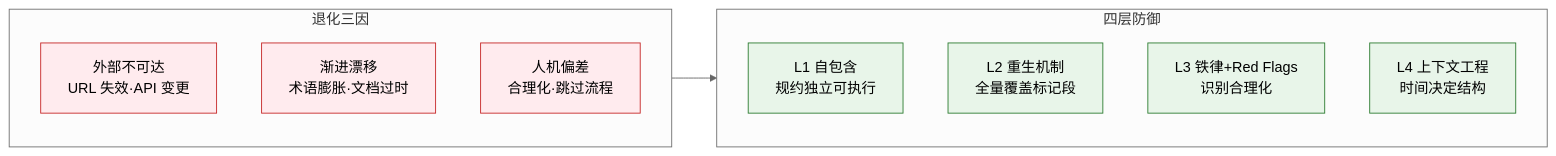
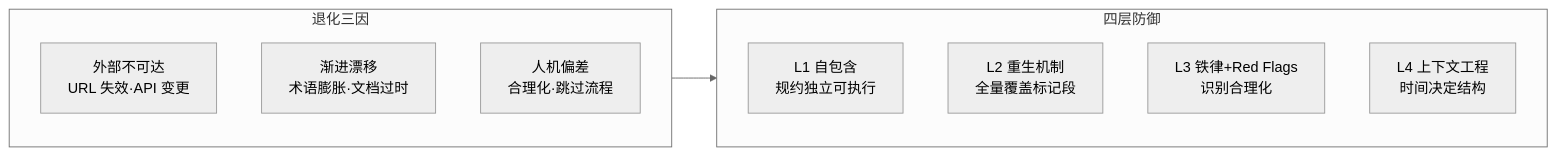
Before and after one commit to effiy/YrY: the second of 2 diagrams in CLAUDE.md, drawn with Mermaid (neutral theme). The commit also changed 1 other file, not shown here.

````diff
--- a/CLAUDE.md
+++ b/CLAUDE.md
@@ -70,18 +70,15 @@
 ```mermaid
 flowchart LR
     subgraph 退化["退化三因"]
         D1["外部不可达<br/>URL 失效·API 变更"]:::risk
         D2["渐进漂移<br/>术语膨胀·文档过时"]:::risk
         D3["人机偏差<br/>合理化·跳过流程"]:::risk
     end
     subgraph 对策["四层防御"]
         L1["L1 自包含<br/>规约独立可执行"]:::def
         L2["L2 重生机制<br/>全量覆盖标记段"]:::def
         L3["L3 铁律+Red Flags<br/>识别合理化"]:::def
         L4["L4 上下文工程<br/>时间决定结构"]:::def
     end
     退化 --> 对策
-
-    classDef risk fill:#ffebee,stroke:#c62828;
-    classDef def fill:#e8f5e9,stroke:#2e7d32;
 ```
````
